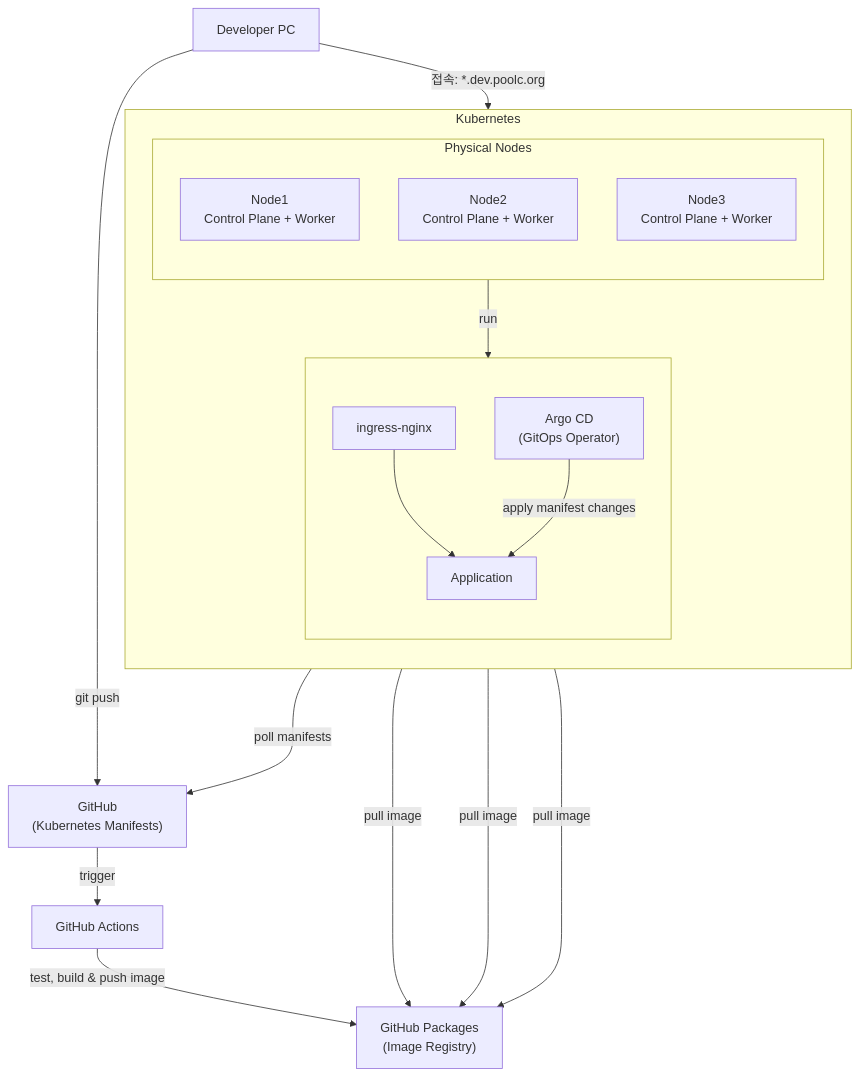
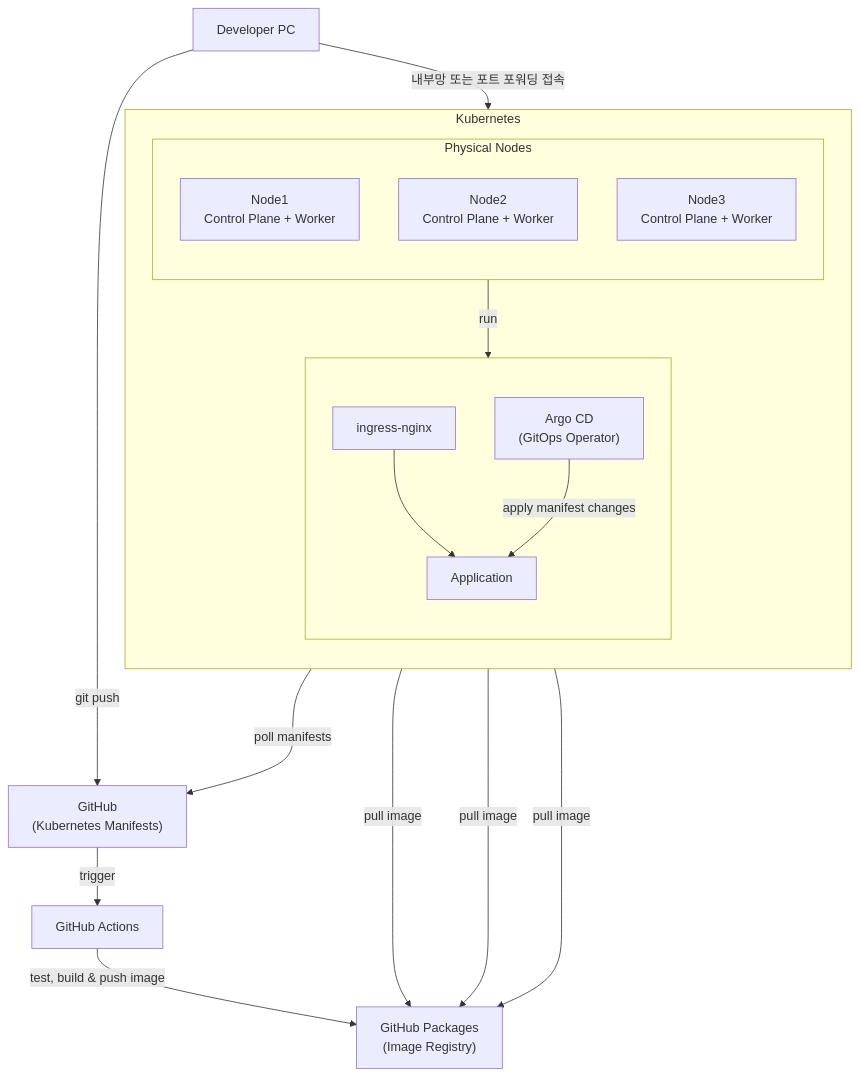
Before and after one commit to PoolC/PoolC-K8S: the diagram in docs/docs/architecture.md, drawn with Mermaid. The commit also changed 11 other files, not shown here.

````diff
--- a/docs/docs/architecture.md
+++ b/docs/docs/architecture.md
@@ -5,43 +5,43 @@
 ```mermaid
 flowchart TB
   Actions["GitHub Actions"]
   Registry["GitHub Packages<br />(Image Registry)"]
 
   Dev["Developer PC"]
   Git["GitHub<br/>(Kubernetes Manifests)"]
 
   subgraph "Kubernetes"
     direction TB
 
     subgraph Services[" "]
       direction TB
       ArgoCD["Argo CD<br/>(GitOps Operator)"]
       Ingress["ingress-nginx"]
       AppSvc["Application"]
     end
 
     subgraph PhysicalNodes["Physical Nodes"]
       direction TB
       Node1["Node1<br/>Control Plane + Worker"]
       Node2["Node2<br/>Control Plane + Worker"]
       Node3["Node3<br/>Control Plane + Worker"]
     end
   end
 
   PhysicalNodes -->|run| Services
 
   Git -->|trigger| Actions
   Actions -->|test, build & push image| Registry
 
   Dev -->|git push| Git
 
   ArgoCD --->|poll manifests| Git
 
-  Dev -->|접속: *.dev.poolc.org| Ingress
+  Dev -->|내부망 또는 포트 포워딩 접속| Ingress
   Ingress --> AppSvc
 
   ArgoCD -->|apply manifest changes| AppSvc
   Node1 -->|pull image| Registry
   Node2 -->|pull image| Registry
   Node3 -->|pull image| Registry
 ```
````
